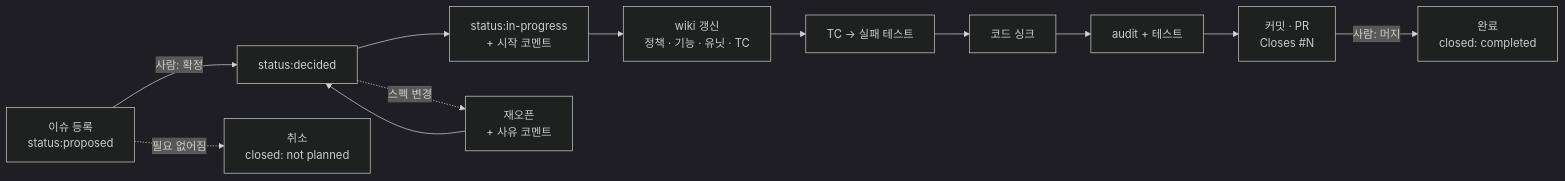
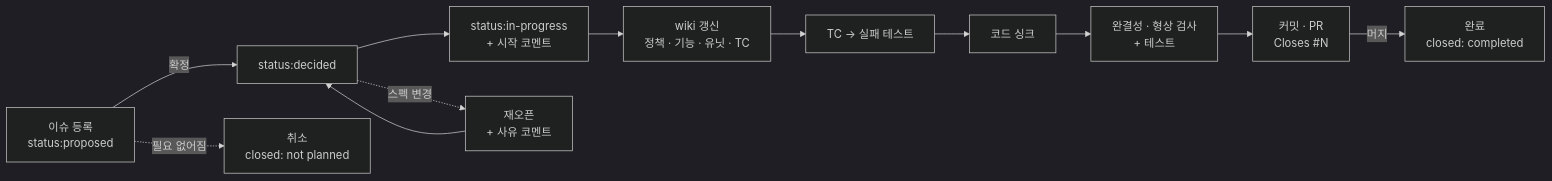
One commit to freevue/bab-skill changed the first of 4 diagrams in README.md. Above: the diagram before and after it, drawn with Mermaid (dark theme). The commit also changed other lines of this file and 26 other files, not shown here.

````diff
--- a/README.md
+++ b/README.md
@@ -122,14 +126,14 @@
 ```mermaid
 flowchart LR
-  A[이슈 등록<br/>status:proposed] -->|사람: 확정| B[status:decided]
+  A[이슈 등록<br/>status:proposed] -->|확정| B[status:decided]
   B --> C[status:in-progress<br/>+ 시작 코멘트]
   C --> D[wiki 갱신<br/>정책 · 기능 · 유닛 · TC]
   D --> E[TC → 실패 테스트]
   E --> F[코드 싱크]
-  F --> G[audit + 테스트]
+  F --> G[완결성 · 형상 검사<br/>+ 테스트]
   G --> H[커밋 · PR<br/>Closes #N]
-  H -->|사람: 머지| I[완료<br/>closed: completed]
+  H -->|머지| I[완료<br/>closed: completed]
   B -.스펙 변경.-> R[재오픈<br/>+ 사유 코멘트]
   R --> B
   A -.필요 없어짐.-> X[취소<br/>closed: not planned]
 ```
````
